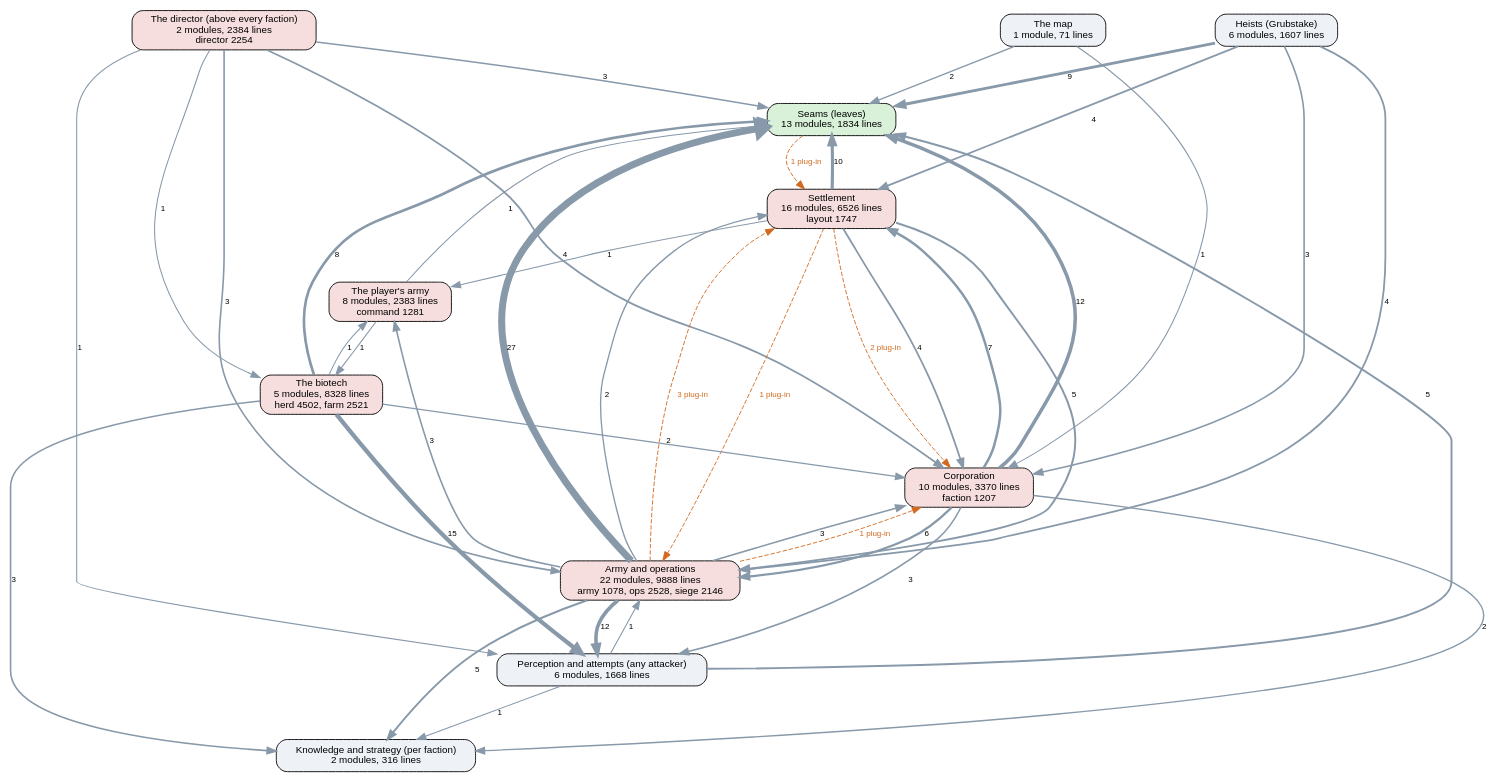
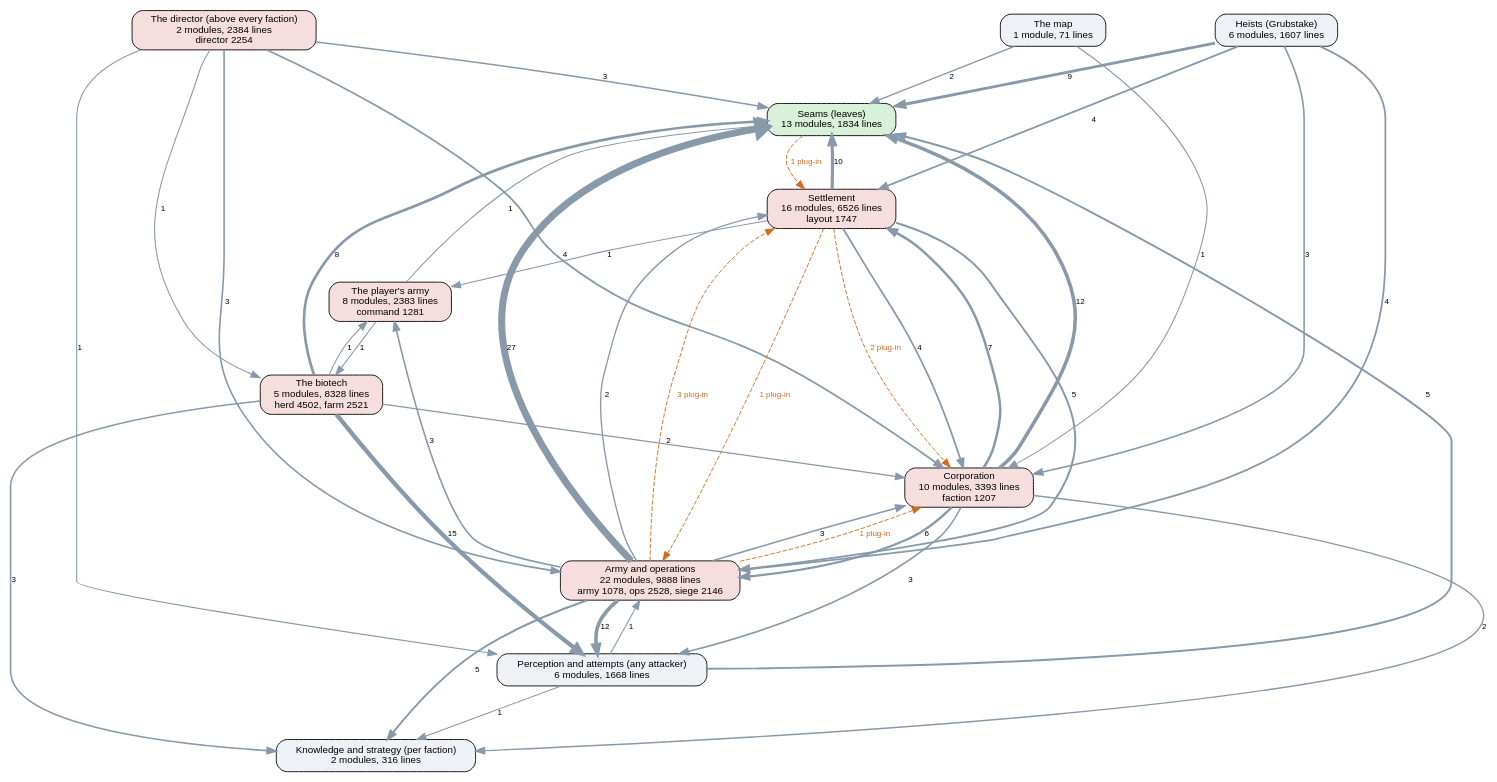
One commit to kinelhu/landing-party changed the diagram in docs/ai-layers.dot. Above: the diagram before and after it, drawn with Graphviz. The commit also changed 10 other files, not shown here.

```diff
--- a/docs/ai-layers.dot
+++ b/docs/ai-layers.dot
@@ -1,57 +1,57 @@
 digraph layers {
   graph [rankdir=TB, fontname="Helvetica", nodesep=0.5, ranksep=0.7];
   node [shape=box, style="rounded,filled", fontname="Helvetica", fontsize=11, fillcolor="#eef2f7"];
   edge [color="#8899aa", fontname="Helvetica", fontsize=9];
   "Seams (leaves)" [label="Seams (leaves)\n13 modules, 1834 lines", fillcolor="#d9f0d9"];
   "Perception and attempts (any attacker)" [label="Perception and attempts (any attacker)\n6 modules, 1668 lines", fillcolor="#eef2f7"];
   "Knowledge and strategy (per faction)" [label="Knowledge and strategy (per faction)\n2 modules, 316 lines", fillcolor="#eef2f7"];
   "The director (above every faction)" [label="The director (above every faction)\n2 modules, 2384 lines\ndirector 2254", fillcolor="#f7dede"];
-  "Corporation" [label="Corporation\n10 modules, 3370 lines\nfaction 1207", fillcolor="#f7dede"];
+  "Corporation" [label="Corporation\n10 modules, 3393 lines\nfaction 1207", fillcolor="#f7dede"];
   "Settlement" [label="Settlement\n16 modules, 6526 lines\nlayout 1747", fillcolor="#f7dede"];
   "Army and operations" [label="Army and operations\n22 modules, 9888 lines\narmy 1078, ops 2528, siege 2146", fillcolor="#f7dede"];
   "Heists (Grubstake)" [label="Heists (Grubstake)\n6 modules, 1607 lines", fillcolor="#eef2f7"];
   "The biotech" [label="The biotech\n5 modules, 8328 lines\nherd 4502, farm 2521", fillcolor="#f7dede"];
   "The map" [label="The map\n1 module, 71 lines", fillcolor="#eef2f7"];
   "The player's army" [label="The player's army\n8 modules, 2383 lines\ncommand 1281", fillcolor="#f7dede"];
   "Army and operations" -> "Corporation" [label="3", penwidth=1.8];
   "Army and operations" -> "Knowledge and strategy (per faction)" [label="5", penwidth=2.2];
   "Army and operations" -> "Perception and attempts (any attacker)" [label="12", penwidth=4.0];
   "Army and operations" -> "Seams (leaves)" [label="27", penwidth=7.8];
   "Army and operations" -> "Settlement" [label="2", penwidth=1.5];
   "Army and operations" -> "The player's army" [label="3", penwidth=1.8];
   "Corporation" -> "Army and operations" [label="6", penwidth=2.5];
   "Corporation" -> "Knowledge and strategy (per faction)" [label="2", penwidth=1.5];
   "Corporation" -> "Perception and attempts (any attacker)" [label="3", penwidth=1.8];
   "Corporation" -> "Seams (leaves)" [label="12", penwidth=4.0];
   "Corporation" -> "Settlement" [label="7", penwidth=2.8];
   "Heists (Grubstake)" -> "Army and operations" [label="4", penwidth=2.0];
   "Heists (Grubstake)" -> "Corporation" [label="3", penwidth=1.8];
   "Heists (Grubstake)" -> "Seams (leaves)" [label="9", penwidth=3.2];
   "Heists (Grubstake)" -> "Settlement" [label="4", penwidth=2.0];
   "Perception and attempts (any attacker)" -> "Army and operations" [label="1", penwidth=1.2];
   "Perception and attempts (any attacker)" -> "Knowledge and strategy (per faction)" [label="1", penwidth=1.2];
   "Perception and attempts (any attacker)" -> "Seams (leaves)" [label="5", penwidth=2.2];
   "Settlement" -> "Army and operations" [label="5", penwidth=2.2];
   "Settlement" -> "Corporation" [label="4", penwidth=2.0];
   "Settlement" -> "Seams (leaves)" [label="10", penwidth=3.5];
   "Settlement" -> "The player's army" [label="1", penwidth=1.2];
   "The biotech" -> "Corporation" [label="2", penwidth=1.5];
   "The biotech" -> "Knowledge and strategy (per faction)" [label="3", penwidth=1.8];
   "The biotech" -> "Perception and attempts (any attacker)" [label="15", penwidth=4.8];
   "The biotech" -> "Seams (leaves)" [label="8", penwidth=3.0];
   "The biotech" -> "The player's army" [label="1", penwidth=1.2];
   "The director (above every faction)" -> "Army and operations" [label="3", penwidth=1.8];
   "The director (above every faction)" -> "Corporation" [label="4", penwidth=2.0];
   "The director (above every faction)" -> "Perception and attempts (any attacker)" [label="1", penwidth=1.2];
   "The director (above every faction)" -> "Seams (leaves)" [label="3", penwidth=1.8];
   "The director (above every faction)" -> "The biotech" [label="1", penwidth=1.2];
   "The map" -> "Corporation" [label="1", penwidth=1.2];
   "The map" -> "Seams (leaves)" [label="2", penwidth=1.5];
   "The player's army" -> "Seams (leaves)" [label="1", penwidth=1.2];
   "The player's army" -> "The biotech" [label="1", penwidth=1.2];
   "Army and operations" -> "Corporation" [style=dashed, color="#d2691e", fontcolor="#d2691e", label="1 plug-in"];
   "Army and operations" -> "Settlement" [style=dashed, color="#d2691e", fontcolor="#d2691e", label="3 plug-in"];
   "Seams (leaves)" -> "Settlement" [style=dashed, color="#d2691e", fontcolor="#d2691e", label="1 plug-in"];
   "Settlement" -> "Army and operations" [style=dashed, color="#d2691e", fontcolor="#d2691e", label="1 plug-in"];
   "Settlement" -> "Corporation" [style=dashed, color="#d2691e", fontcolor="#d2691e", label="2 plug-in"];
 }
```
